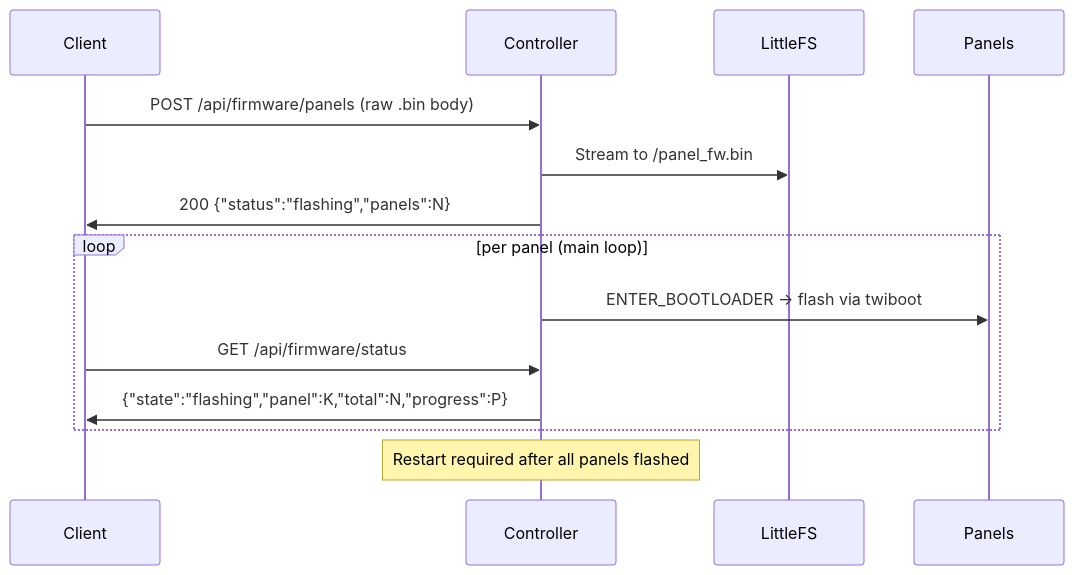
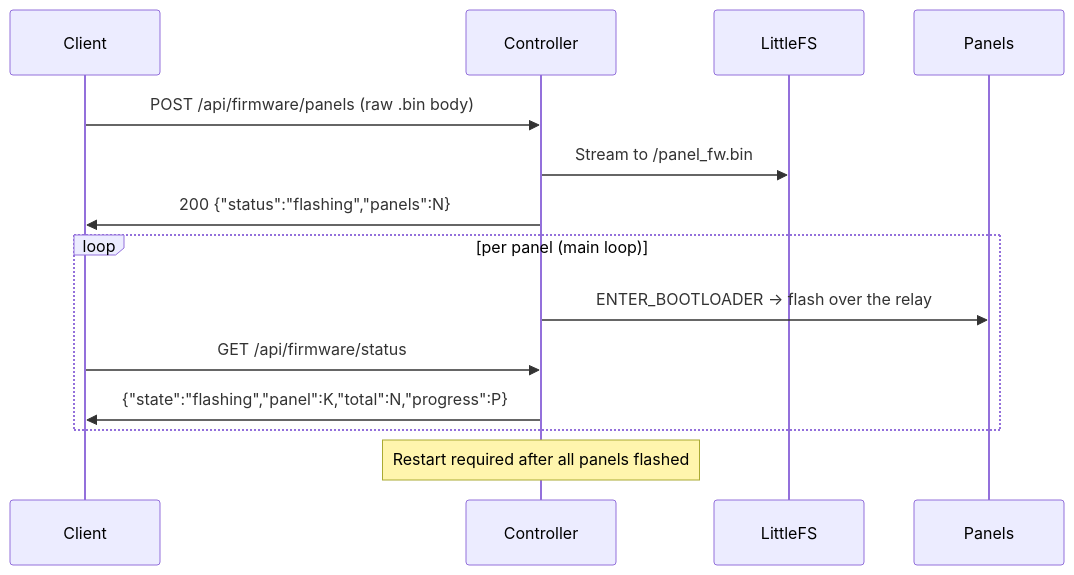
The second of 2 diagrams in docs/ota.md (przemczan/lightnet-firmware), drawn with Mermaid before and after one commit. The commit also changed other lines of this file and 39 other files, not shown here.

````diff
--- a/docs/ota.md
+++ b/docs/ota.md
@@ -72,17 +138,17 @@
 ```mermaid
 sequenceDiagram
   participant Client
   participant Controller
   participant LittleFS
   participant Panels
 
   Client->>Controller: POST /api/firmware/panels (raw .bin body)
   Controller->>LittleFS: Stream to /panel_fw.bin
   Controller->>Client: 200 {"status":"flashing","panels":N}
   loop per panel (main loop)
-    Controller->>Panels: ENTER_BOOTLOADER → flash via twiboot
+    Controller->>Panels: ENTER_BOOTLOADER -> flash over the relay
     Client->>Controller: GET /api/firmware/status
     Controller->>Client: {"state":"flashing","panel":K,"total":N,"progress":P}
   end
   Note over Controller: Restart required after all panels flashed
 ```
````
